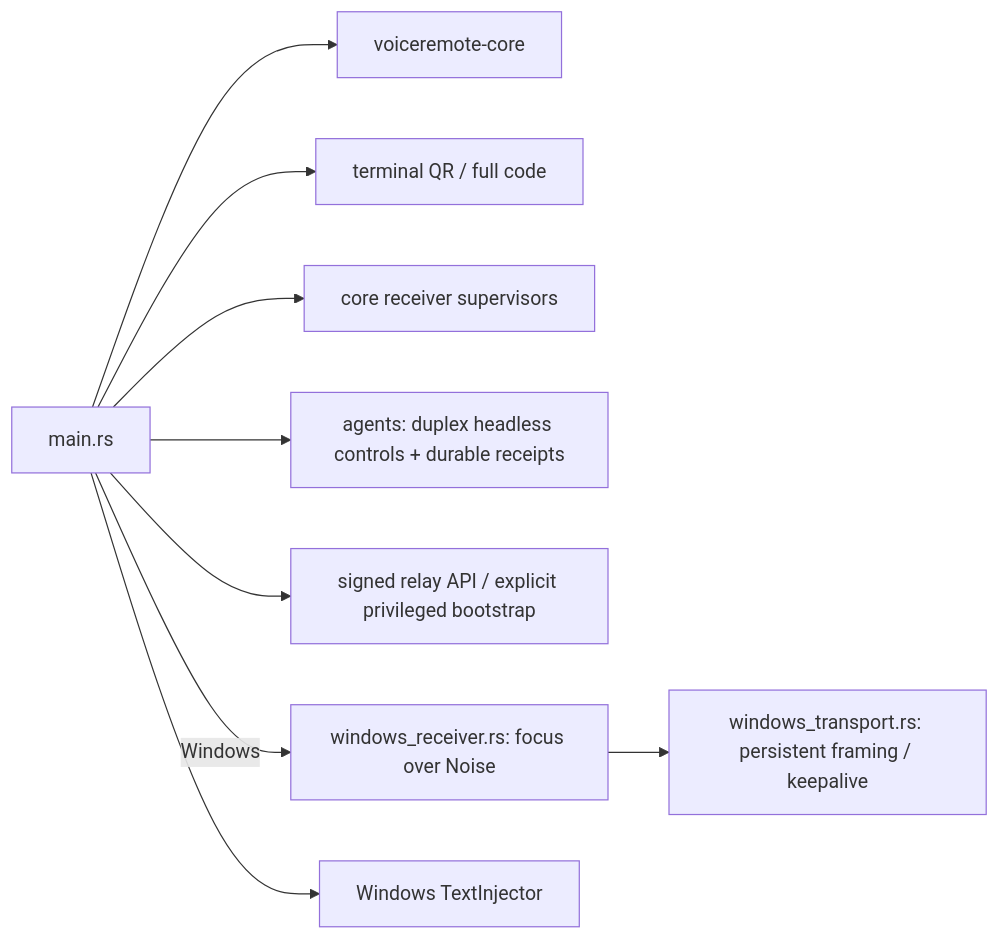
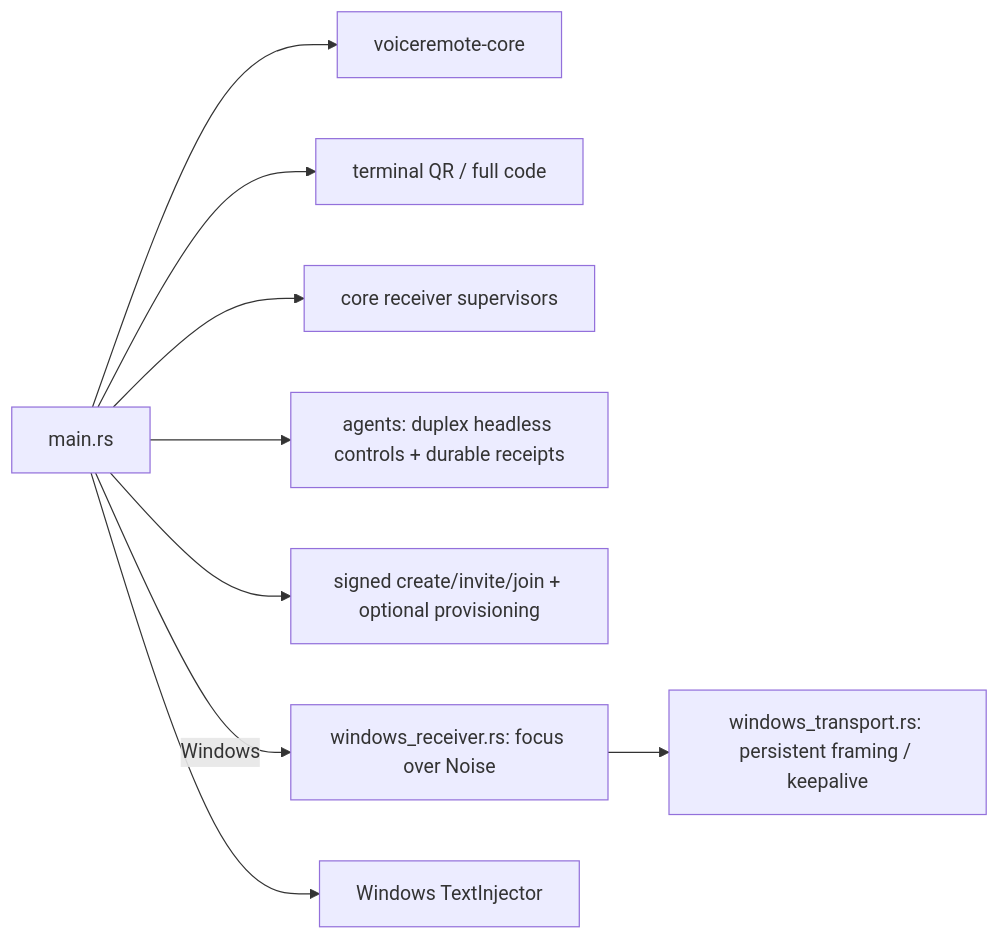
Before and after one commit to Harwasch/voiceremote: the diagram in SW/desktop/crates/app/src/README.md, drawn with Mermaid. The commit also changed other lines of this file and 50 other files, not shown here.

````diff
--- a/SW/desktop/crates/app/src/README.md
+++ b/SW/desktop/crates/app/src/README.md
@@ -1,11 +1,11 @@
 ```mermaid
 flowchart LR
     main[main.rs] --> Core[voiceremote-core]
     main --> QR[terminal QR / full code]
     main --> Headless[core receiver supervisors]
     main --> Agents[agents: duplex headless controls + durable receipts]
-    main --> Relay[signed relay API / explicit privileged bootstrap]
+    main --> Relay[signed create/invite/join + optional provisioning]
     main -->|Windows| Win[windows_receiver.rs: focus over Noise]
     Win --> Wire[windows_transport.rs: persistent framing / keepalive]
     main --> Inject[Windows TextInjector]
 ```
````
